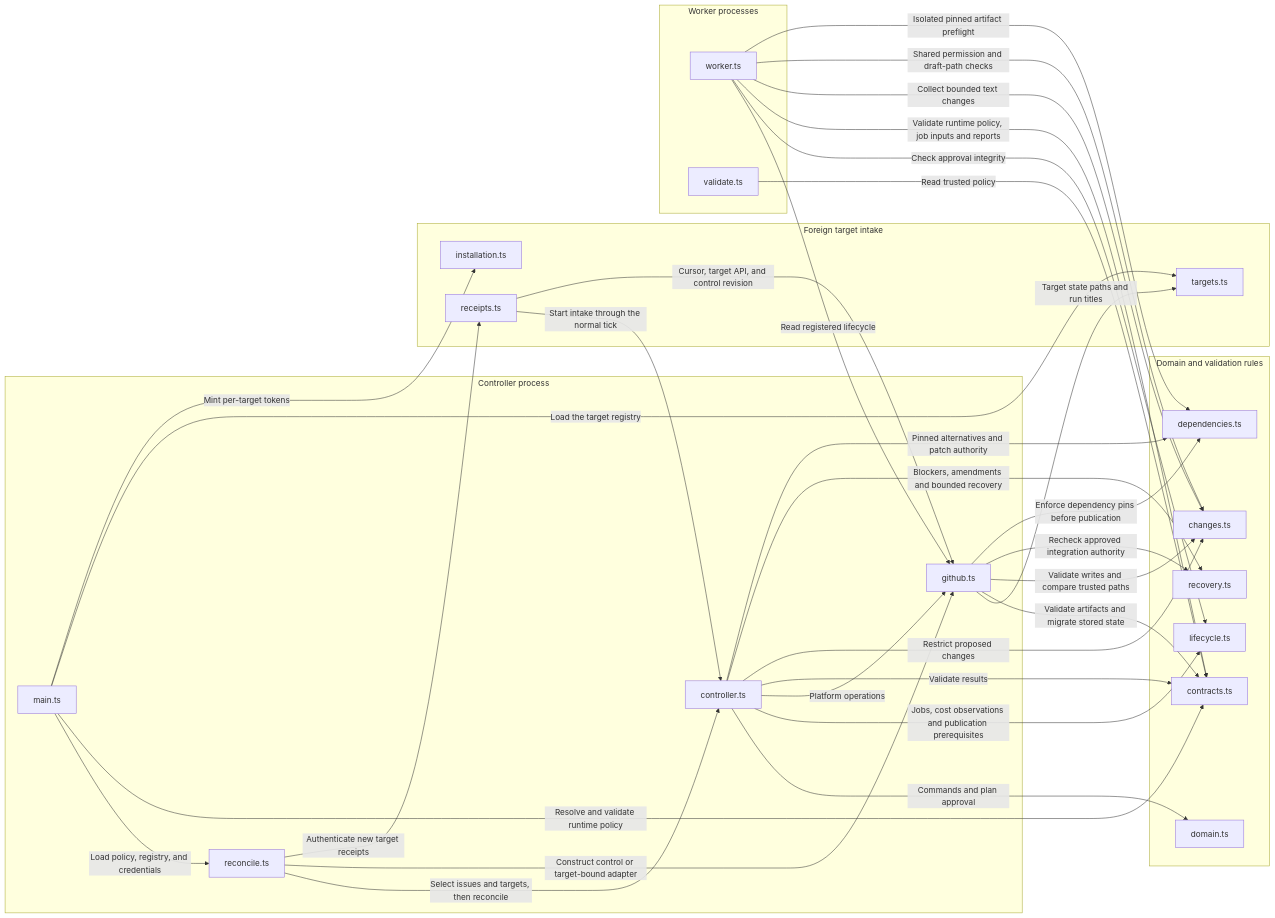
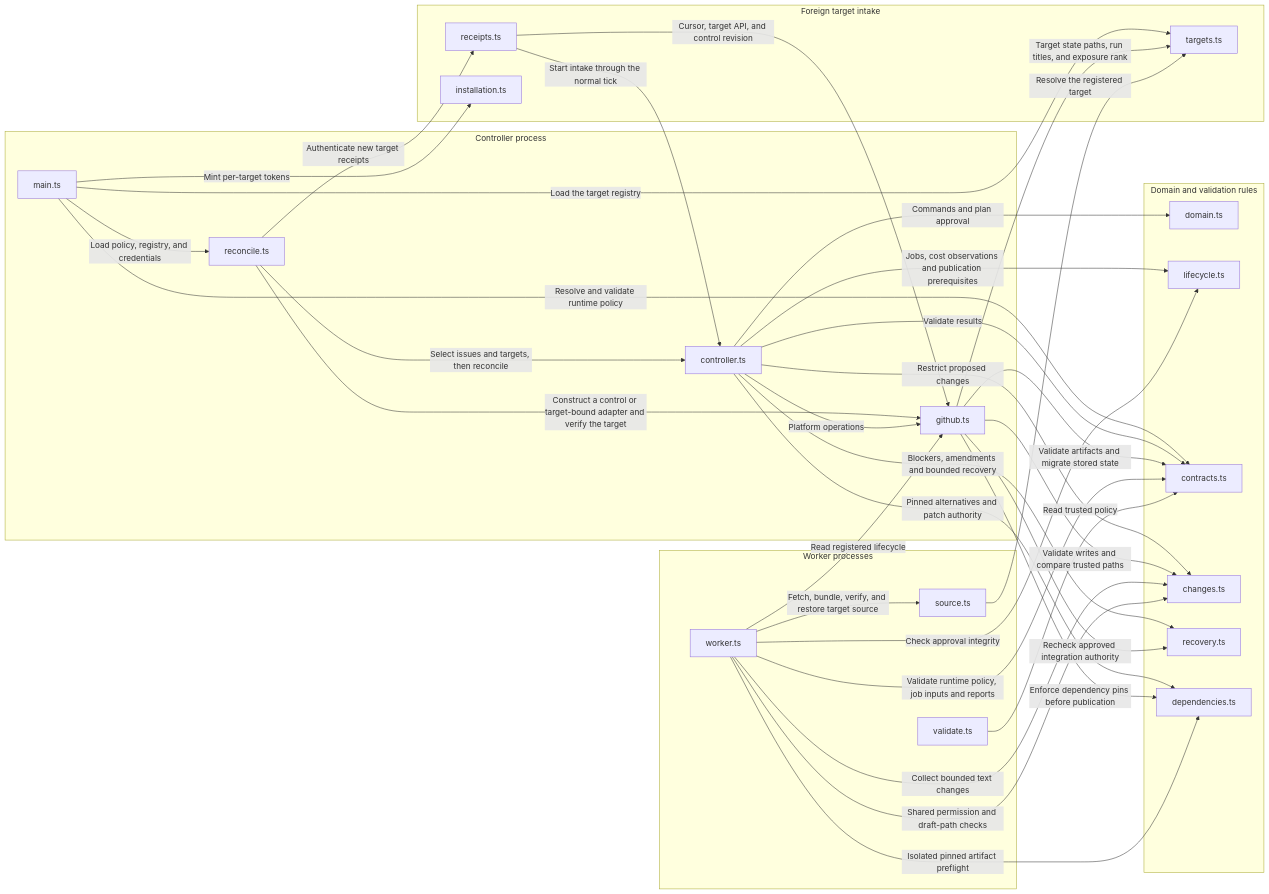
The seventh of 9 diagrams in docs/architecture.md (dav1dc-github-cs-org/sdlc-pilot-control), drawn with Mermaid before and after one commit. The commit also changed other lines of this file and 15 other files, not shown here.

First line of the commit message:
Run SDLC workers against registered target source (#35, phase 3)

````diff
--- a/docs/architecture.md
+++ b/docs/architecture.md
@@ -878,54 +907,57 @@
 ```mermaid
 flowchart LR
     subgraph ComponentControl["Controller process"]
         ComponentMain["main.ts"]
         ComponentReconcile["reconcile.ts"]
         ComponentController["controller.ts"]
         ComponentGitHub["github.ts"]
     end
     subgraph ComponentIntake["Foreign target intake"]
         ComponentTargets["targets.ts"]
         ComponentReceipts["receipts.ts"]
         ComponentInstallation["installation.ts"]
     end
     subgraph ComponentRules["Domain and validation rules"]
         ComponentDomain["domain.ts"]
         ComponentLifecycle["lifecycle.ts"]
         ComponentContracts["contracts.ts"]
         ComponentChanges["changes.ts"]
         ComponentRecovery["recovery.ts"]
         ComponentDependencies["dependencies.ts"]
     end
     subgraph ComponentExecution["Worker processes"]
         ComponentWorker["worker.ts"]
+        ComponentSource["source.ts"]
         ComponentValidate["validate.ts"]
     end
     ComponentMain -->|"Load policy, registry, and credentials"| ComponentReconcile
     ComponentMain -->|"Resolve and validate runtime policy"| ComponentContracts
     ComponentMain -->|"Load the target registry"| ComponentTargets
     ComponentMain -->|"Mint per-target tokens"| ComponentInstallation
     ComponentReconcile -->|"Select issues and targets, then reconcile"| ComponentController
-    ComponentReconcile -->|"Construct control or target-bound adapter"| ComponentGitHub
+    ComponentReconcile -->|"Construct a control or target-bound adapter and verify the target"| ComponentGitHub
     ComponentReconcile -->|"Authenticate new target receipts"| ComponentReceipts
     ComponentReceipts -->|"Start intake through the normal tick"| ComponentController
     ComponentReceipts -->|"Cursor, target API, and control revision"| ComponentGitHub
-    ComponentGitHub -->|"Target state paths and run titles"| ComponentTargets
+    ComponentGitHub -->|"Target state paths, run titles, and exposure rank"| ComponentTargets
     ComponentController -->|"Commands and plan approval"| ComponentDomain
     ComponentController -->|"Jobs, cost observations and publication prerequisites"| ComponentLifecycle
     ComponentController -->|"Platform operations"| ComponentGitHub
     ComponentController -->|"Validate results"| ComponentContracts
     ComponentController -->|"Restrict proposed changes"| ComponentChanges
     ComponentController -->|"Blockers, amendments and bounded recovery"| ComponentRecovery
     ComponentController -->|"Pinned alternatives and patch authority"| ComponentDependencies
     ComponentGitHub -->|"Validate artifacts and migrate stored state"| ComponentContracts
     ComponentGitHub -->|"Validate writes and compare trusted paths"| ComponentChanges
     ComponentGitHub -->|"Recheck approved integration authority"| ComponentRecovery
     ComponentGitHub -->|"Enforce dependency pins before publication"| ComponentDependencies
     ComponentWorker -->|"Read registered lifecycle"| ComponentGitHub
     ComponentWorker -->|"Check approval integrity"| ComponentLifecycle
     ComponentWorker -->|"Validate runtime policy, job inputs and reports"| ComponentContracts
     ComponentWorker -->|"Collect bounded text changes"| ComponentChanges
     ComponentWorker -->|"Shared permission and draft-path checks"| ComponentChanges
     ComponentWorker -->|"Isolated pinned artifact preflight"| ComponentDependencies
+    ComponentWorker -->|"Fetch, bundle, verify, and restore target source"| ComponentSource
+    ComponentSource -->|"Resolve the registered target"| ComponentTargets
     ComponentValidate -->|"Read trusted policy"| ComponentContracts
 ```
````
